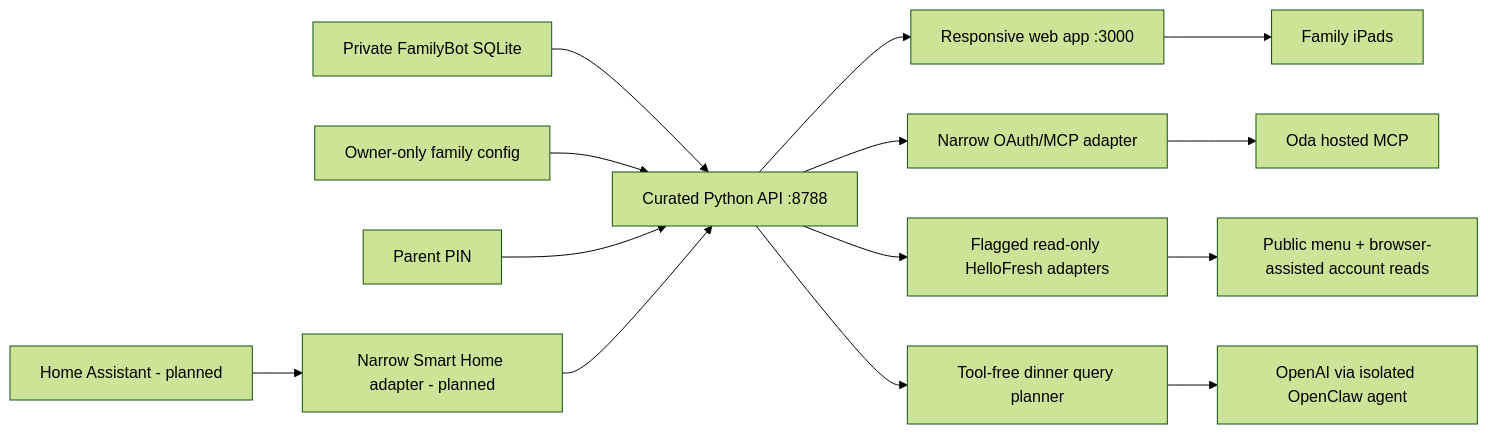
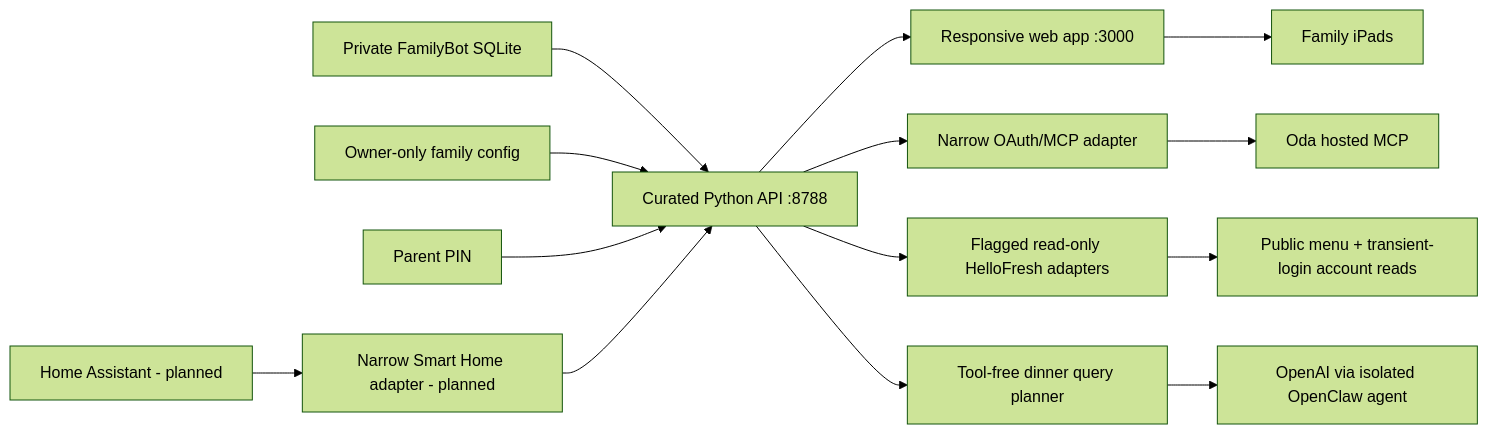
One commit to TrygveAasheim/familybot-portal changed the diagram in docs/DEVELOPMENT_GUIDE.md. Above: the diagram before and after it, drawn with Mermaid (forest theme). The commit also changed other lines of this file and 22 other files, not shown here.

````diff
--- a/docs/DEVELOPMENT_GUIDE.md
+++ b/docs/DEVELOPMENT_GUIDE.md
@@ -25,16 +25,16 @@
 ```mermaid
 flowchart LR
   DB["Private FamilyBot SQLite"] --> API["Curated Python API :8788"]
   Config["Owner-only family config"] --> API
   API --> Web["Responsive web app :3000"]
   API --> Oda["Narrow OAuth/MCP adapter"]
   Oda --> OdaMCP["Oda hosted MCP"]
   API --> HF["Flagged read-only HelloFresh adapters"]
-  HF --> HFNO["Public menu + browser-assisted account reads"]
+  HF --> HFNO["Public menu + transient-login account reads"]
   API --> Dinner["Tool-free dinner query planner"]
   Dinner --> OpenAI["OpenAI via isolated OpenClaw agent"]
   Web --> iPad["Family iPads"]
   Parent["Parent PIN"] --> API
   HA["Home Assistant - planned"] --> Smart["Narrow Smart Home adapter - planned"]
   Smart --> API
 ```
````
